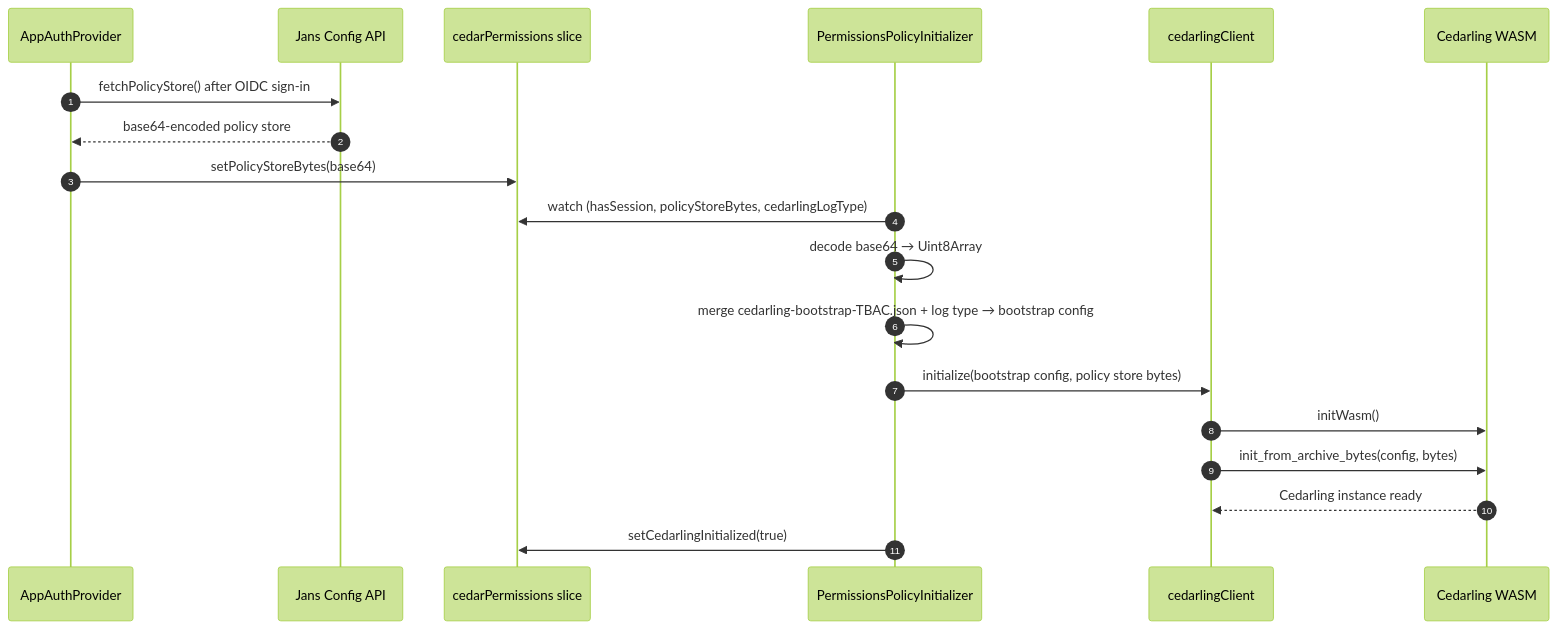
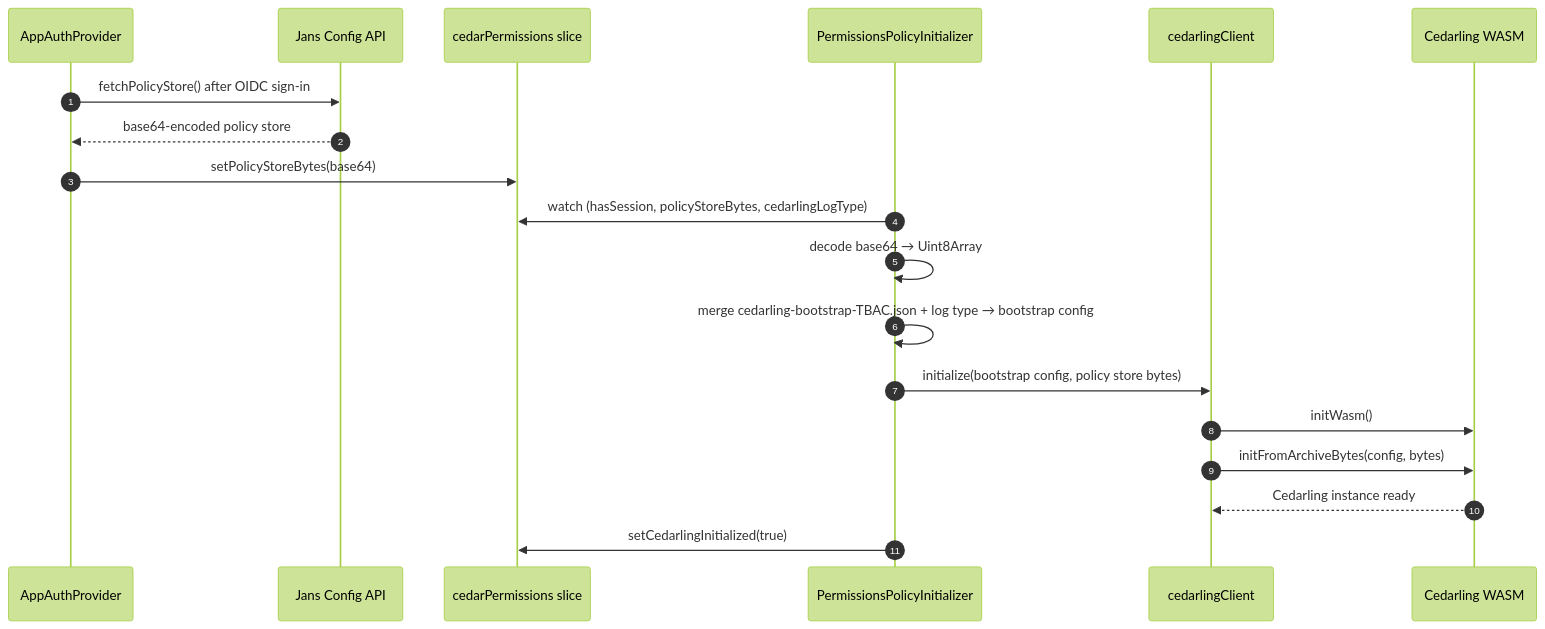
Before and after one commit to GluuFederation/flex: the first of 2 diagrams in admin-ui/docs/cedarling.md, drawn with Mermaid (forest theme). The commit also changed other lines of this file and 9 other files, not shown here.

````diff
--- a/admin-ui/docs/cedarling.md
+++ b/admin-ui/docs/cedarling.md
@@ -21,22 +21,22 @@
 ```mermaid
 sequenceDiagram
     autonumber
     participant Auth as AppAuthProvider
     participant API as Jans Config API
     participant Redux as cedarPermissions slice
     participant Init as PermissionsPolicyInitializer
     participant Client as cedarlingClient
     participant Wasm as Cedarling WASM
 
     Auth->>API: fetchPolicyStore() after OIDC sign-in
     API-->>Auth: base64-encoded policy store
     Auth->>Redux: setPolicyStoreBytes(base64)
     Init->>Redux: watch (hasSession, policyStoreBytes, cedarlingLogType)
     Init->>Init: decode base64 → Uint8Array
     Init->>Init: merge cedarling-bootstrap-TBAC.json + log type → bootstrap config
     Init->>Client: initialize(bootstrap config, policy store bytes)
     Client->>Wasm: initWasm()
-    Client->>Wasm: init_from_archive_bytes(config, bytes)
+    Client->>Wasm: initFromArchiveBytes(config, bytes)
     Wasm-->>Client: Cedarling instance ready
     Init->>Redux: setCedarlingInitialized(true)
 ```
````
